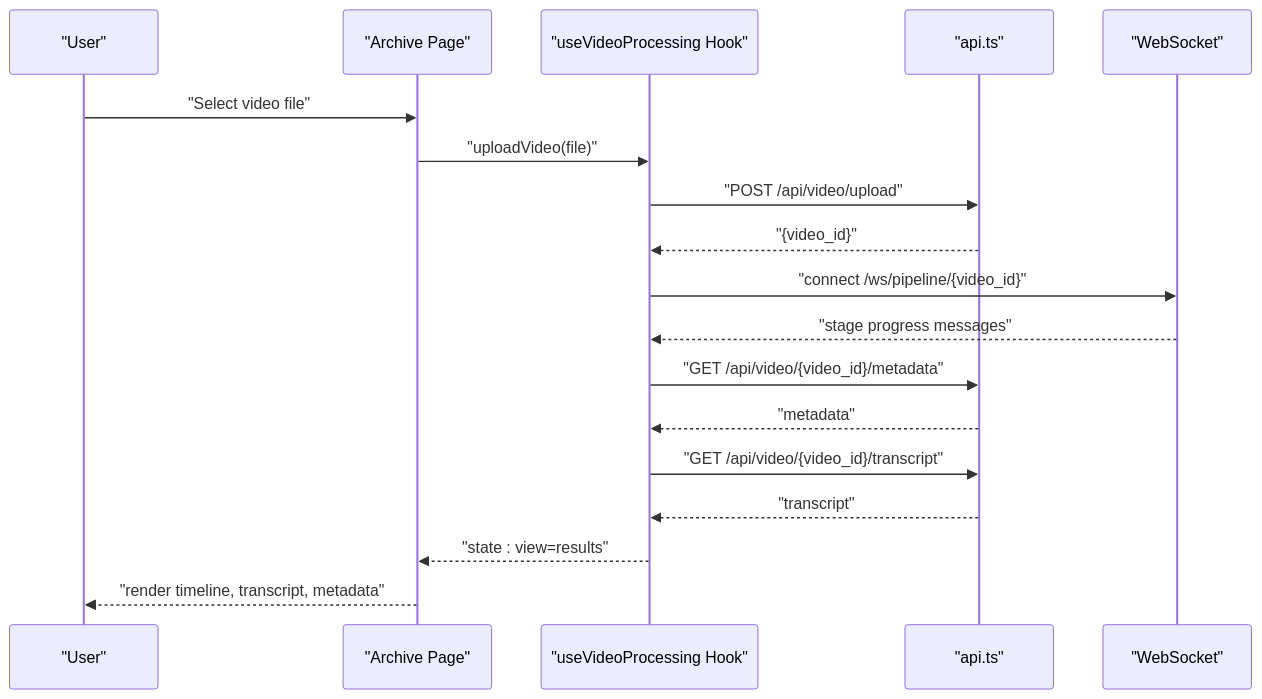
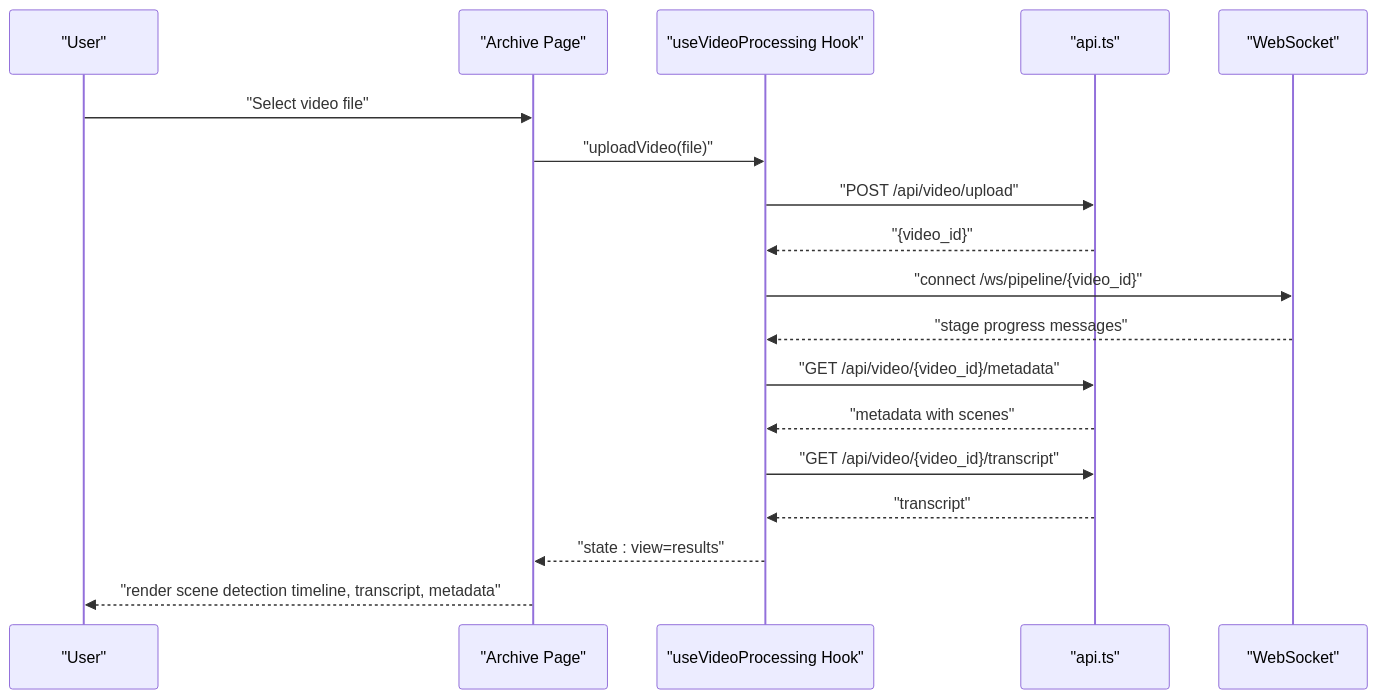
One commit to alexandreybasta-cyber/dubai-media-ai changed the third of 6 diagrams in .qoder/repowiki/en/content/Frontend Application/Page Components & Routing.md. Above: the diagram before and after it, drawn with Mermaid. The commit also changed other lines of this file and 21 other files, not shown here.

````diff
--- a/.qoder/repowiki/en/content/Frontend Application/Page Components & Routing.md
+++ b/.qoder/repowiki/en/content/Frontend Application/Page Components & Routing.md
@@ -169,20 +186,20 @@
 ```mermaid
 sequenceDiagram
 participant U as "User"
 participant P as "Archive Page"
 participant H as "useVideoProcessing Hook"
 participant API as "api.ts"
 participant WS as "WebSocket"
 U->>P : "Select video file"
 P->>H : "uploadVideo(file)"
 H->>API : "POST /api/video/upload"
 API-->>H : "{video_id}"
 H->>WS : "connect /ws/pipeline/{video_id}"
 WS-->>H : "stage progress messages"
 H->>API : "GET /api/video/{video_id}/metadata"
-API-->>H : "metadata"
+API-->>H : "metadata with scenes"
 H->>API : "GET /api/video/{video_id}/transcript"
 API-->>H : "transcript"
 H-->>P : "state : view=results"
-P-->>U : "render timeline, transcript, metadata"
+P-->>U : "render scene detection timeline, transcript, metadata"
 ```
````
